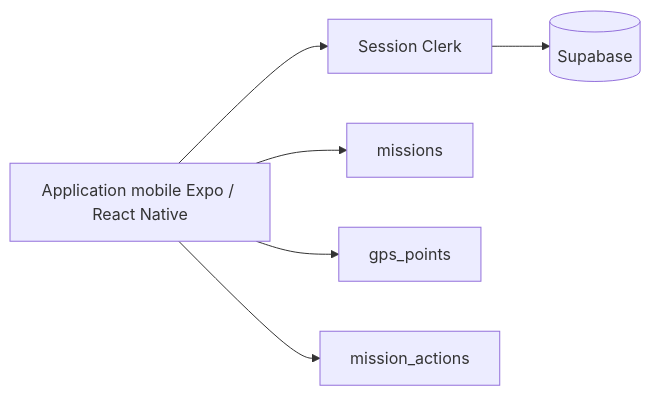
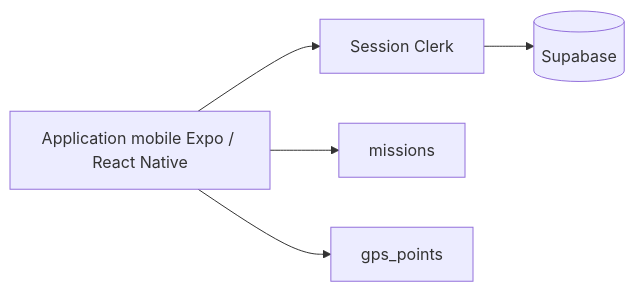
One commit to maxd4/CleanmyMap changed the third of 3 diagrams in documentation/architecture/system-overview.md. Above: the diagram before and after it, drawn with Mermaid. The commit also changed other lines of this file and 14 other files, not shown here.

Commit message:
Retire mission_actions du runtime mobile V1

````diff
--- a/documentation/architecture/system-overview.md
+++ b/documentation/architecture/system-overview.md
@@ -55,8 +55,7 @@
 ```mermaid
 flowchart LR
   APP[Application mobile Expo / React Native] --> AUTH[Session Clerk]
   AUTH --> SB[(Supabase)]
   APP --> M[missions]
   APP --> GPS[gps_points]
-  APP --> ACT[mission_actions]
 ```
````
